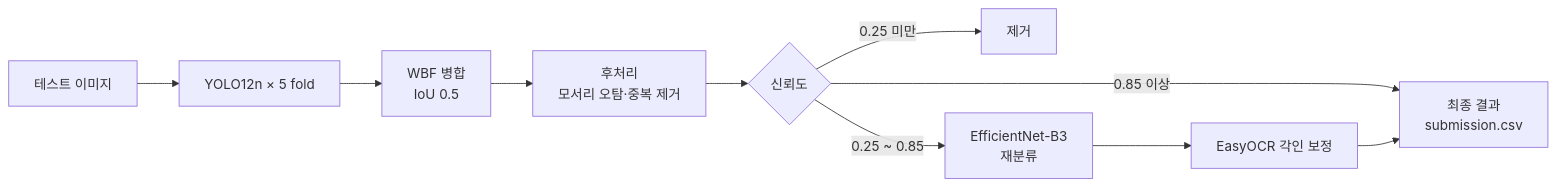
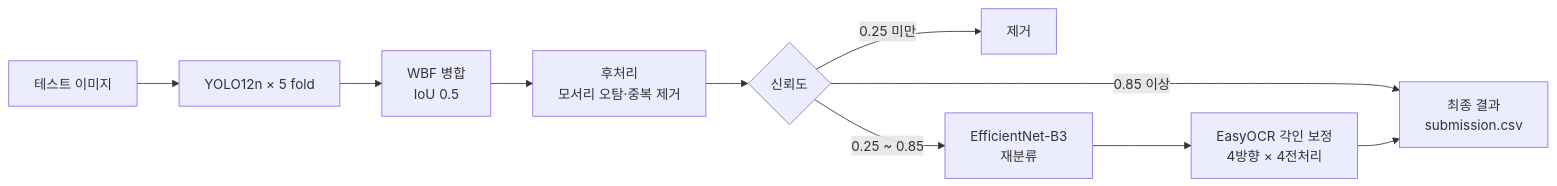
One commit to wjdtmdgh87-lgtm/pill-sight changed the diagram in README.md. Above: the diagram before and after it, drawn with Mermaid. The commit also changed other lines of this file, not shown here.

````diff
--- a/README.md
+++ b/README.md
@@ -102,12 +42,12 @@
 ```mermaid
 flowchart LR
     A[테스트 이미지] --> B[YOLO12n × 5 fold]
     B --> C[WBF 병합<br/>IoU 0.5]
     C --> D[후처리<br/>모서리 오탐·중복 제거]
     D --> E{신뢰도}
     E -- 0.25 미만 --> X[제거]
     E -- 0.85 이상 --> OUT[최종 결과<br/>submission.csv]
     E -- 0.25 ~ 0.85 --> F[EfficientNet-B3<br/>재분류]
-    F --> G[EasyOCR 각인 보정]
+    F --> G[EasyOCR 각인 보정<br/>4방향 × 4전처리]
     G --> OUT
 ```
````
